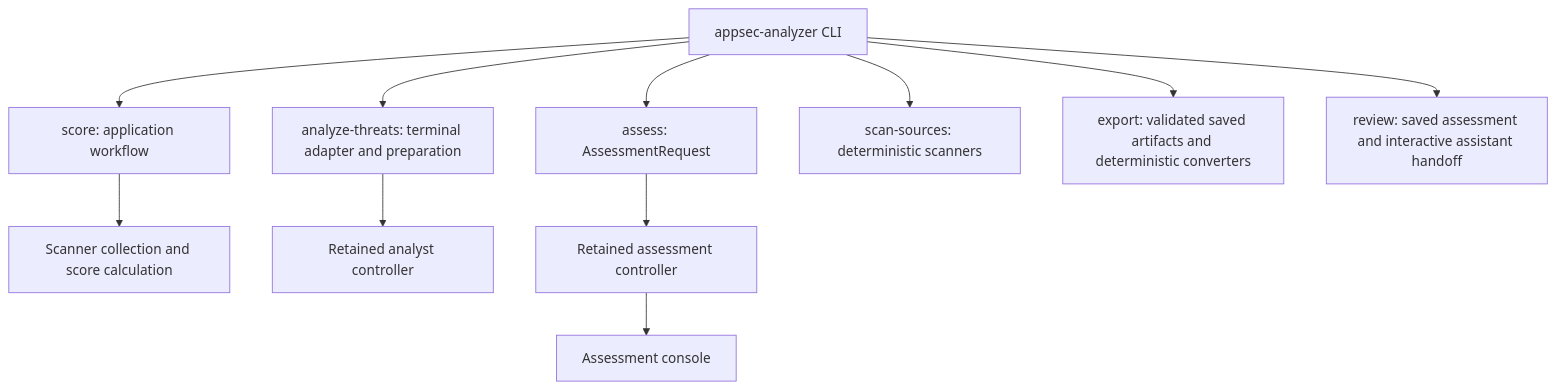
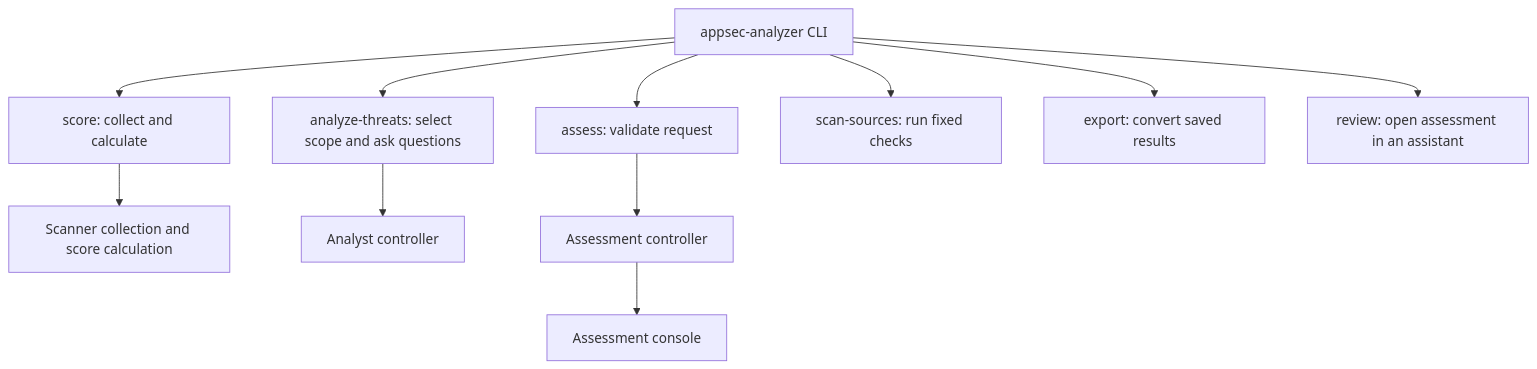
The diagram in ARCHITECTURE.md (appsec-foundry/appsec-analyzer), drawn with Mermaid before and after one commit. The commit also changed other lines of this file and 36 other files, not shown here.

````diff
--- a/ARCHITECTURE.md
+++ b/ARCHITECTURE.md
@@ -11,13 +13,13 @@
 ```mermaid
 flowchart TD
-    CLI[appsec-analyzer CLI] --> Score[score: application workflow]
-    CLI --> Analyst[analyze-threats: terminal adapter and preparation]
-    CLI --> Request[assess: AssessmentRequest]
-    CLI --> Scanners[scan-sources: deterministic scanners]
-    CLI --> Export[export: validated saved artifacts and deterministic converters]
-    CLI --> Review[review: saved assessment and interactive assistant handoff]
+    CLI[appsec-analyzer CLI] --> Score[score: collect and calculate]
+    CLI --> Analyst[analyze-threats: select scope and ask questions]
+    CLI --> Request[assess: validate request]
+    CLI --> Scanners[scan-sources: run fixed checks]
+    CLI --> Export[export: convert saved results]
+    CLI --> Review[review: open assessment in an assistant]
     Score --> Collection[Scanner collection and score calculation]
-    Analyst --> AnalystController[Retained analyst controller]
-    Request --> AssessmentController[Retained assessment controller]
+    Analyst --> AnalystController[Analyst controller]
+    Request --> AssessmentController[Assessment controller]
     AssessmentController --> Console[Assessment console]
 ```
````
